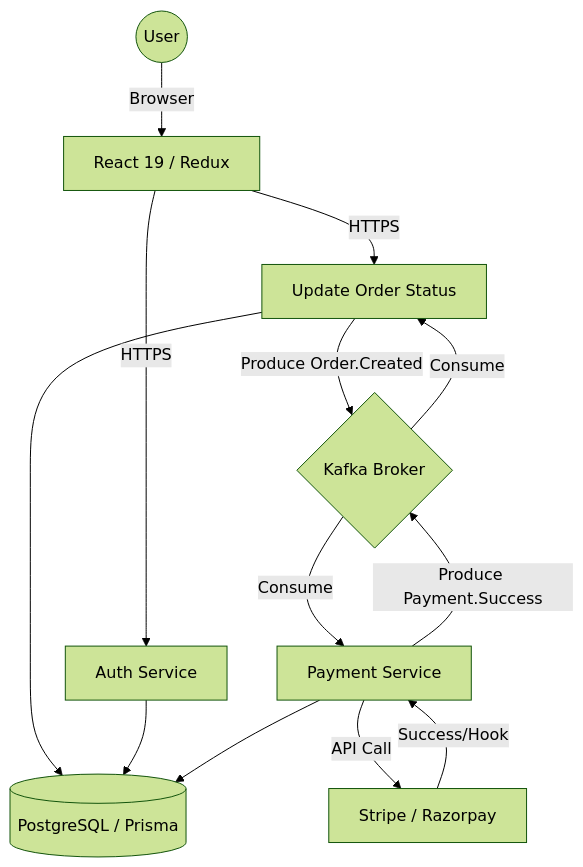
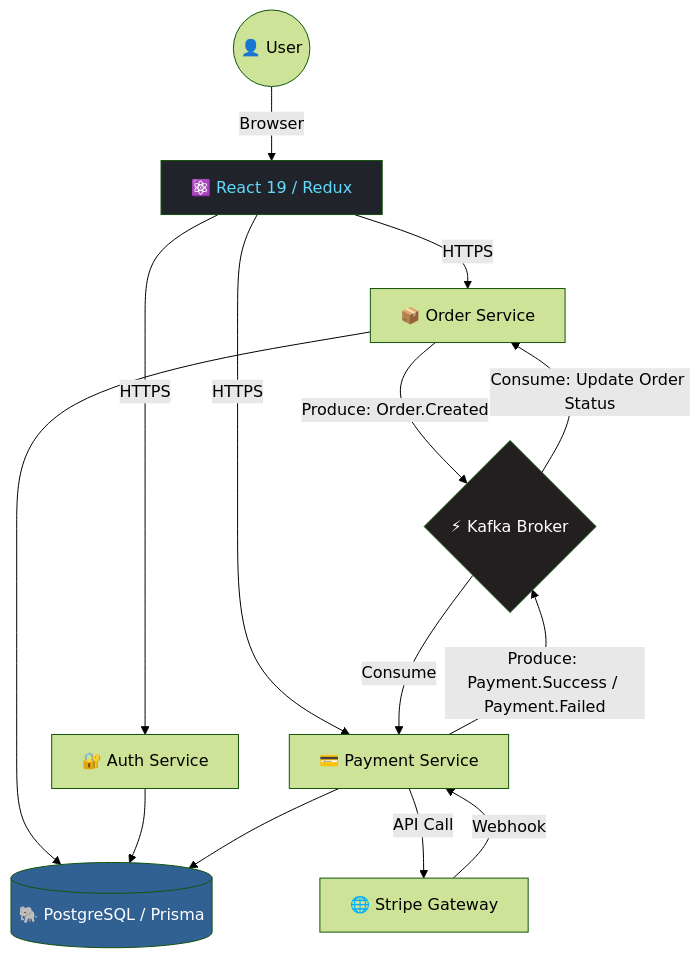
One commit to Nagaraj-06/foodie_app changed the diagram in README.md. Above: the diagram before and after it, drawn with Mermaid (forest theme). The commit also changed other lines of this file, not shown here.

````diff
--- a/README.md
+++ b/README.md
@@ -137,19 +104,25 @@
 ```mermaid
 graph TD
-    User((User)) -->|Browser| UI[React 19 / Redux]
-    UI -->|HTTPS| AuthS[Auth Service]
-    UI -->|HTTPS| OrderS[Order Service]
-    
-    OrderS -->|Produce Order.Created| Kafka{Kafka Broker}
-    Kafka -->|Consume| PayS[Payment Service]
-    
-    PayS -->|API Call| Stripe[Stripe / Razorpay]
-    Stripe -->|Success/Hook| PayS
-    
-    PayS -->|Produce Payment.Success| Kafka
-    Kafka -->|Consume| OrderS[Update Order Status]
-    
-    OrderS --> DB[(PostgreSQL / Prisma)]
-    AuthS --> DB
-    PayS --> DB
+    User((👤 User)) -->|Browser| UI[⚛️ React 19 / Redux]
+
+    UI -->|HTTPS| AuthS[🔐 Auth Service]
+    UI -->|HTTPS| OrderS[📦 Order Service]
+    UI -->|HTTPS| PayS[💳 Payment Service]
+
+    OrderS -->|Produce: Order.Created| Kafka{⚡ Kafka Broker}
+    Kafka   -->|Consume| PayS
+
+    PayS    -->|API Call| Gateway[🌐 Stripe Gateway]
+    Gateway -->|Webhook| PayS
+
+    PayS    -->|Produce: Payment.Success / Payment.Failed| Kafka
+    Kafka   -->|Consume: Update Order Status| OrderS
+
+    OrderS --> DB[(🐘 PostgreSQL / Prisma)]
+    AuthS  --> DB
+    PayS   --> DB
+
+    style Kafka fill:#231F20,color:#fff
+    style DB fill:#316192,color:#fff
+    style UI fill:#20232a,color:#61DAFB
 ```
````
